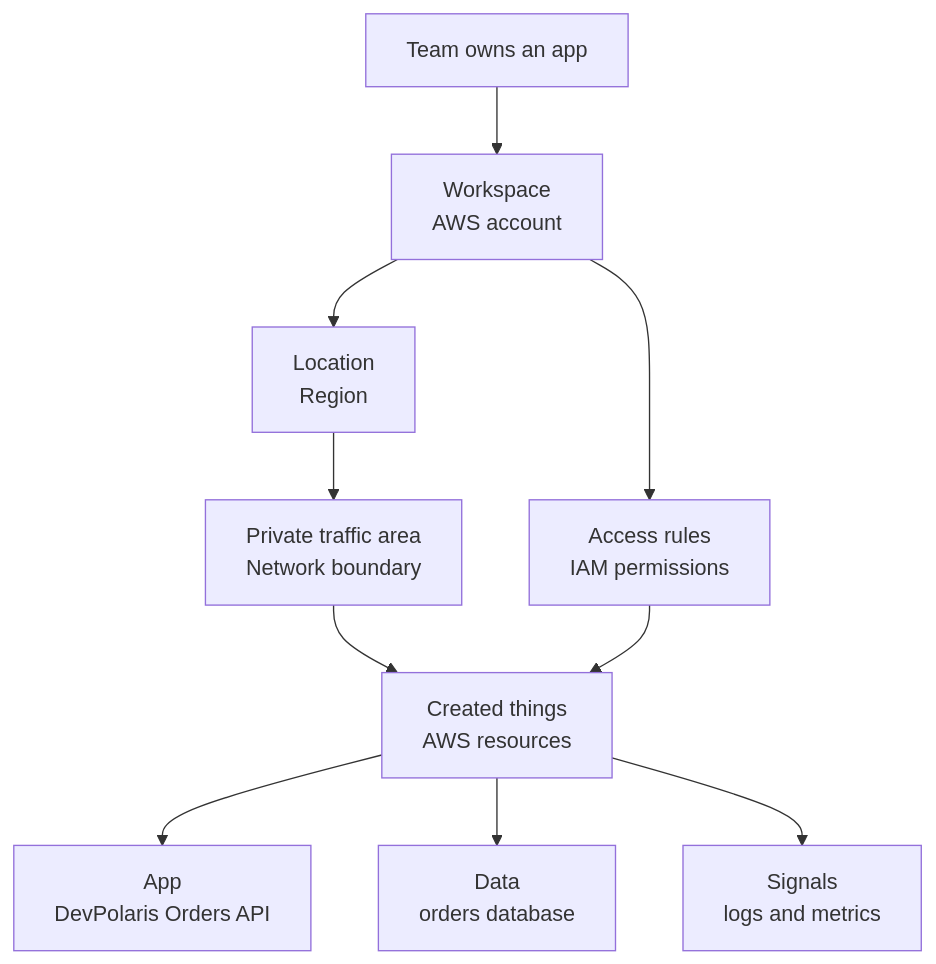
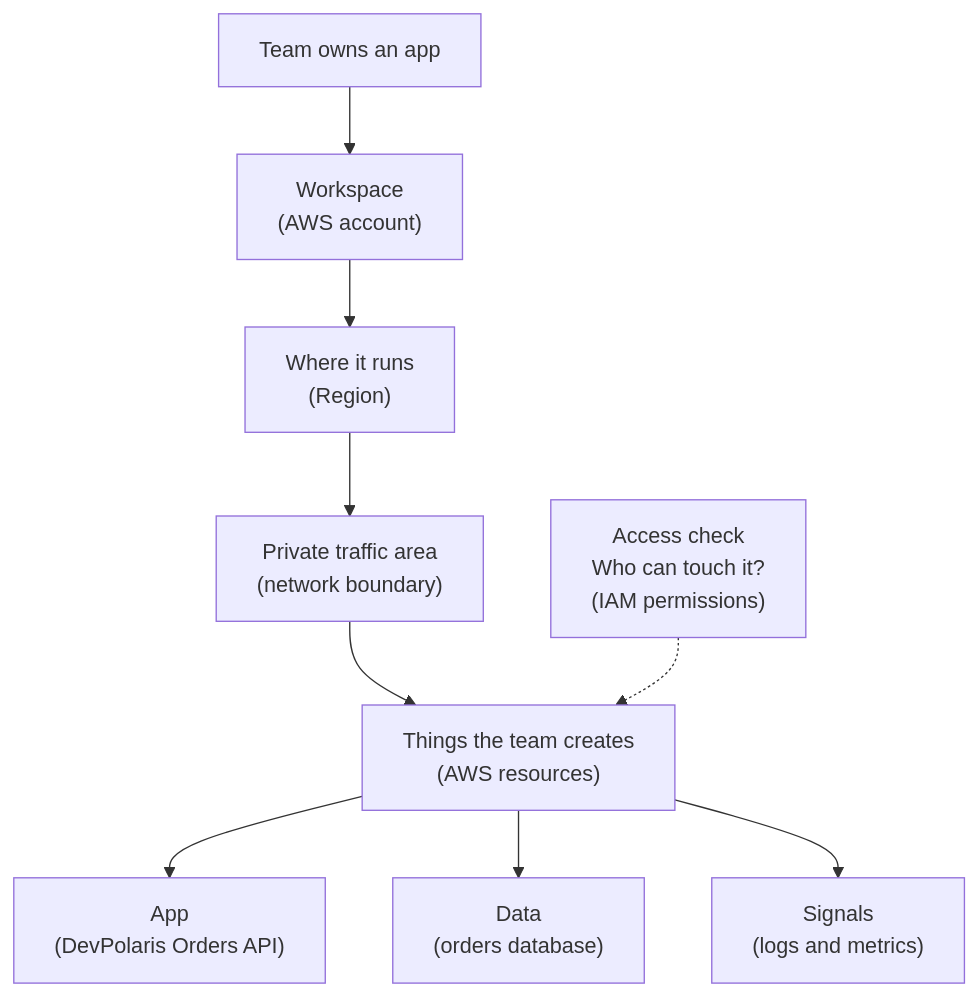
The first of 2 diagrams in cloud-providers/aws/foundations/aws-mental-model.md (senlinyy/dev-roadmaps), drawn with Mermaid before and after one commit. The commit also changed other lines of this file, not shown here.

Commit message:
chore: update diagram

````diff
--- a/cloud-providers/aws/foundations/aws-mental-model.md
+++ b/cloud-providers/aws/foundations/aws-mental-model.md
@@ -108,12 +108,11 @@
 ```mermaid
 graph TD
-    TEAM["Team owns an app"] --> ACCOUNT["Workspace<br/>AWS account"]
-    ACCOUNT --> REGION["Location<br/>Region"]
-    ACCOUNT --> IAM["Access rules<br/>IAM permissions"]
-    REGION --> NETWORK["Private traffic area<br/>Network boundary"]
-    NETWORK --> RESOURCES["Created things<br/>AWS resources"]
-    IAM --> RESOURCES
-    RESOURCES --> APP["App<br/>DevPolaris Orders API"]
-    RESOURCES --> DATA["Data<br/>orders database"]
-    RESOURCES --> SIGNALS["Signals<br/>logs and metrics"]
+    TEAM["Team owns an app"] --> ACCOUNT["Workspace<br/>(AWS account)"]
+    ACCOUNT --> REGION["Where it runs<br/>(Region)"]
+    REGION --> NETWORK["Private traffic area<br/>(network boundary)"]
+    NETWORK --> RESOURCES["Things the team creates<br/>(AWS resources)"]
+    RESOURCES --> APP["App<br/>(DevPolaris Orders API)"]
+    RESOURCES --> DATA["Data<br/>(orders database)"]
+    RESOURCES --> SIGNALS["Signals<br/>(logs and metrics)"]
+    IAM["Access check<br/>Who can touch it?<br/>(IAM permissions)"] -.-> RESOURCES
 ```
````
